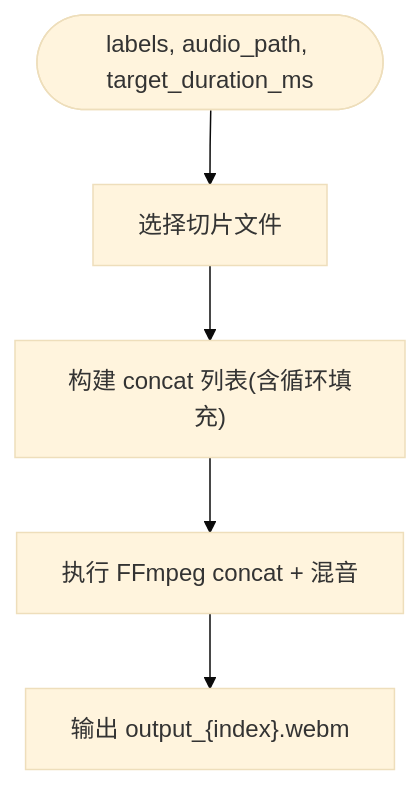
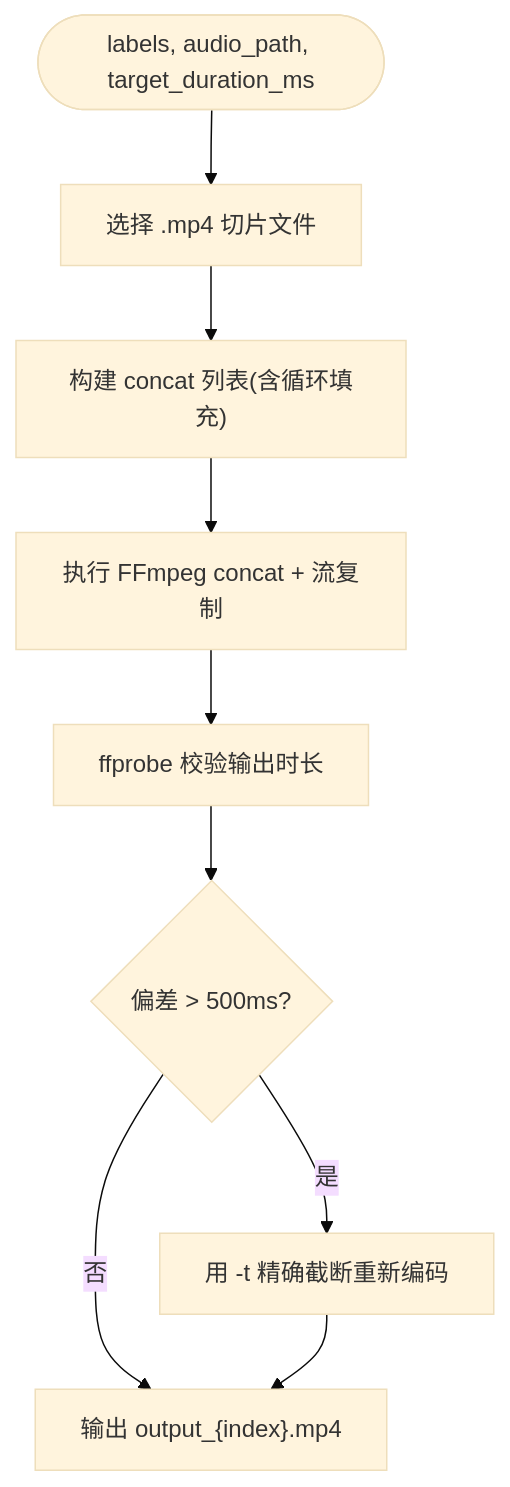
The eighth of 10 diagrams in .qoder/repowiki/zh/content/后端服务/多媒体处理流水线/多媒体处理流水线.md (leo21cn/real-time-talk), drawn with Mermaid (base theme) before and after one commit. The commit also changed other lines of this file and 9 other files, not shown here.

````diff
--- a/.qoder/repowiki/zh/content/后端服务/多媒体处理流水线/多媒体处理流水线.md
+++ b/.qoder/repowiki/zh/content/后端服务/多媒体处理流水线/多媒体处理流水线.md
@@ -358,7 +404,11 @@
 ```mermaid
 flowchart TD
-A(["labels, audio_path, target_duration_ms"]) --> Select["选择切片文件"]
+A(["labels, audio_path, target_duration_ms"]) --> Select["选择 .mp4 切片文件"]
 Select --> BuildList["构建 concat 列表(含循环填充)"]
-BuildList --> RunFF["执行 FFmpeg concat + 混音"]
-RunFF --> Out["输出 output_{index}.webm"]
+BuildList --> RunFF["执行 FFmpeg concat + 流复制"]
+RunFF --> Validate["ffprobe 校验输出时长"]
+Validate --> Check{"偏差 > 500ms?"}
+Check -- "是" --> Fix["用 -t 精确截断重新编码"]
+Check -- "否" --> Out["输出 output_{index}.mp4"]
+Fix --> Out
 ```
````
